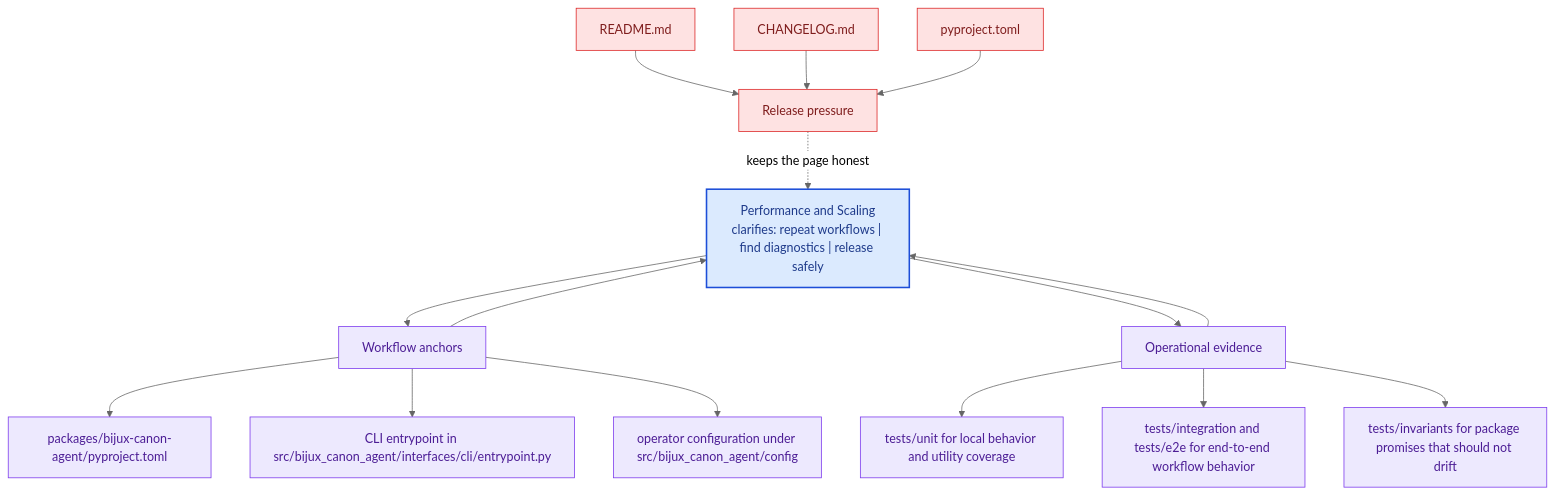
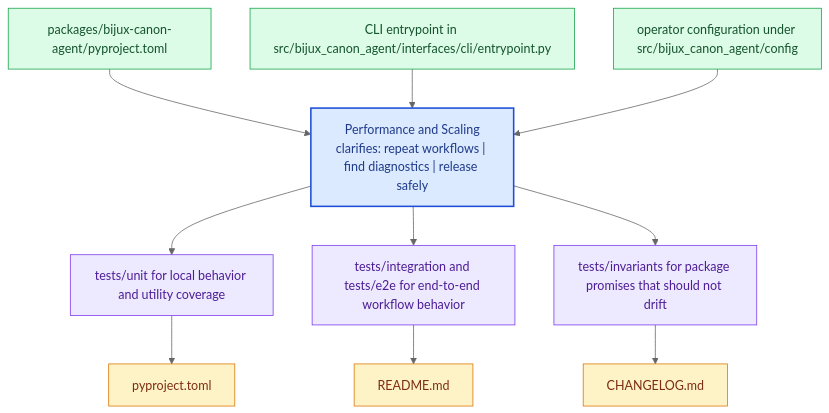
One commit to bijux/bijux-canon changed the diagram in docs/bijux-canon-agent/operations/performance-and-scaling.md. Above: the diagram before and after it, drawn with Mermaid (neutral theme). The commit also changed other lines of this file and 281 other files, not shown here.

Commit message:
docs(diagrams): replace repeated mermaid scaffolds with page-specific summaries

````diff
--- a/docs/bijux-canon-agent/operations/performance-and-scaling.md
+++ b/docs/bijux-canon-agent/operations/performance-and-scaling.md
@@ -67,41 +22,31 @@
 ```mermaid
 flowchart TB
-    promise["Performance and Scaling<br/>clarifies: repeat workflows | find diagnostics | release safely"]
-    classDef promise fill:#dbeafe,stroke:#1d4ed8,color:#1e3a8a,stroke-width:2px;
-    classDef driver fill:#dcfce7,stroke:#16a34a,color:#14532d;
-    classDef constraint fill:#fee2e2,stroke:#dc2626,color:#7f1d1d;
-    classDef ground fill:#ede9fe,stroke:#7c3aed,color:#4c1d95;
-    focus1["Workflow anchors"]
-    focus1 --> promise
-    promise --> focus1
-    focus1_1["packages/bijux-canon-agent/pyproject.toml"]
-    focus1 --> focus1_1
-    focus1_2["CLI entrypoint in src/bijux_canon_agent/interfaces/cli/entrypoint.py"]
-    focus1 --> focus1_2
-    focus1_3["operator configuration under src/bijux_canon_agent/config"]
-    focus1 --> focus1_3
-    class focus1 ground;
-    class focus1_1,focus1_2,focus1_3 ground;
-    focus2["Operational evidence"]
-    focus2 --> promise
-    promise --> focus2
-    focus2_1["tests/unit for local behavior and utility coverage"]
-    focus2 --> focus2_1
-    focus2_2["tests/integration and tests/e2e for end-to-end workflow behavior"]
-    focus2 --> focus2_2
-    focus2_3["tests/invariants for package promises that should not drift"]
-    focus2 --> focus2_3
-    class focus2 ground;
-    class focus2_1,focus2_2,focus2_3 ground;
-    focus3["Release pressure"]
-    focus3 -.keeps the page honest.-> promise
-    focus3_1["README.md"]
-    focus3_1 --> focus3
-    focus3_2["CHANGELOG.md"]
-    focus3_2 --> focus3
-    focus3_3["pyproject.toml"]
-    focus3_3 --> focus3
-    class focus3 constraint;
-    class focus3_1,focus3_2,focus3_3 constraint;
-    class promise promise;
+    page["Performance and Scaling<br/>clarifies: repeat workflows | find diagnostics | release safely"]
+    classDef page fill:#dbeafe,stroke:#1d4ed8,color:#1e3a8a,stroke-width:2px;
+    classDef positive fill:#dcfce7,stroke:#16a34a,color:#14532d;
+    classDef caution fill:#fee2e2,stroke:#dc2626,color:#7f1d1d;
+    classDef anchor fill:#ede9fe,stroke:#7c3aed,color:#4c1d95;
+    classDef action fill:#fef3c7,stroke:#d97706,color:#7c2d12;
+    step1["packages/bijux-canon-agent/pyproject.toml"]
+    step1 --> page
+    step2["CLI entrypoint in src/bijux_canon_agent/interfaces/cli/entrypoint.py"]
+    step2 --> page
+    step3["operator configuration under src/bijux_canon_agent/config"]
+    step3 --> page
+    run1["tests/unit for local behavior and utility coverage"]
+    page --> run1
+    run2["tests/integration and tests/e2e for end-to-end workflow behavior"]
+    page --> run2
+    run3["tests/invariants for package promises that should not drift"]
+    page --> run3
+    release1["pyproject.toml"]
+    run1 --> release1
+    release2["README.md"]
+    run2 --> release2
+    release3["CHANGELOG.md"]
+    run3 --> release3
+    class page page;
+    class step1,step2,step3 positive;
+    class run1,run2,run3 anchor;
+    class release1,release2,release3 action;
 ```
````
